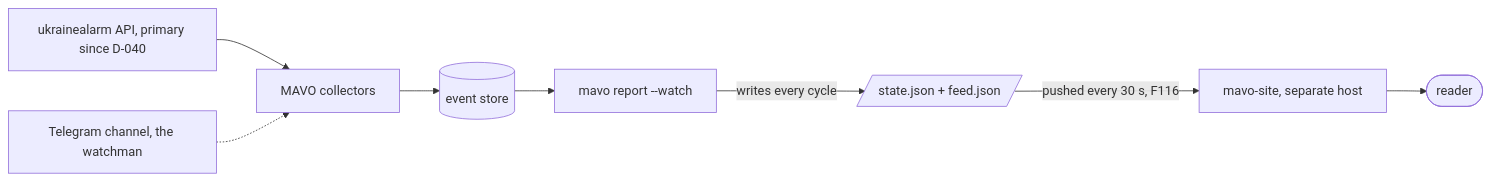
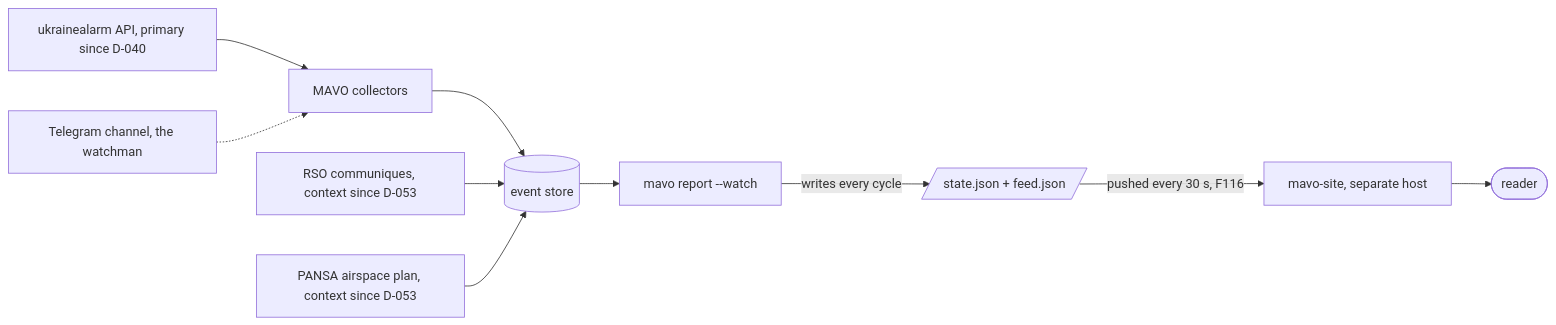
Before and after one commit to jerzy99jerzy/air-alert-early-warning: the diagram in docs/WEBAPP.md, drawn with Mermaid. The commit also changed other lines of this file and 10 other files, not shown here.

````diff
--- a/docs/WEBAPP.md
+++ b/docs/WEBAPP.md
@@ -418,10 +449,12 @@
 ```mermaid
 flowchart LR
   api[ukrainealarm API, primary since D-040] --> collector[MAVO collectors]
   channel[Telegram channel, the watchman] -.-> collector
   collector --> store[(event store)]
+  rso[RSO communiques, context since D-053] --> store
+  pansa[PANSA airspace plan, context since D-053] --> store
   store --> report[mavo report --watch]
   report -->|writes every cycle| state[/state.json + feed.json/]
   state -->|pushed every 30 s, F116| site[mavo-site, separate host]
   site --> reader([reader])
 ```
````
